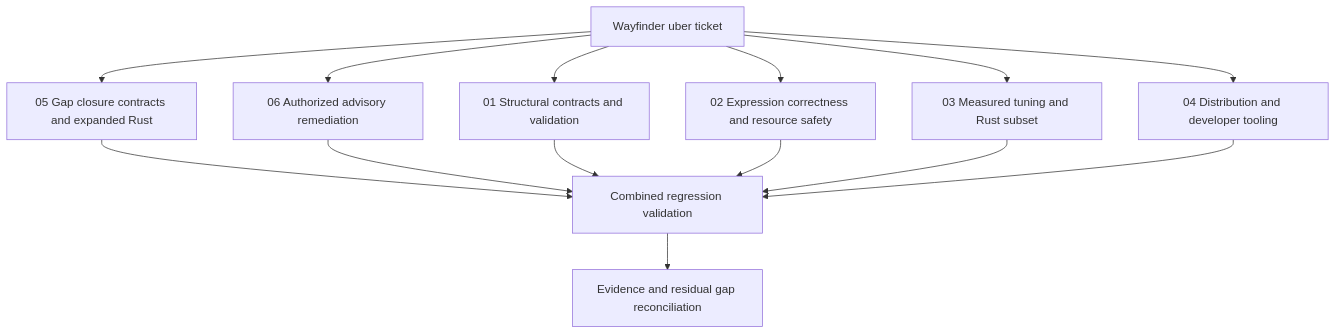
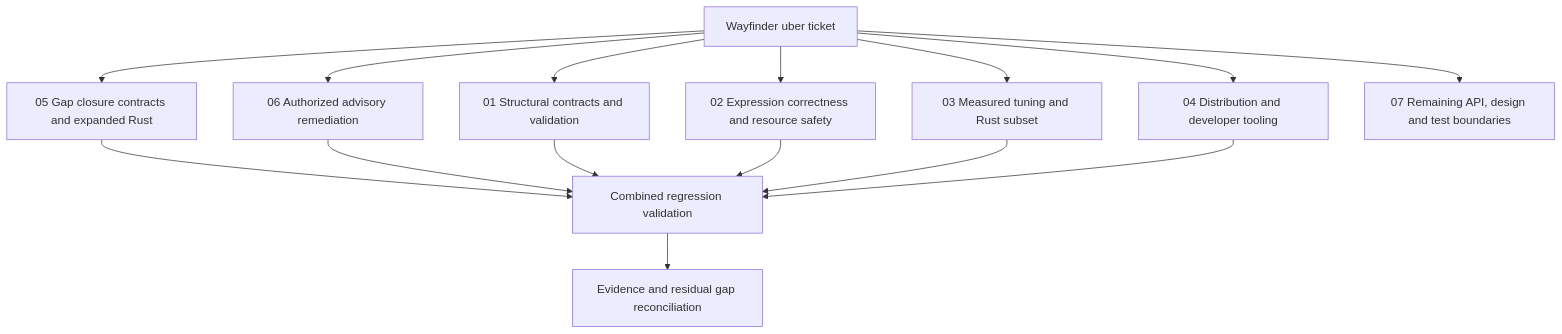
The diagram in docs/review/WAYFINDER.md (elite-libs/rules-machine), drawn with Mermaid before and after one commit. The commit also changed other lines of this file and 10 other files, not shown here.

````diff
--- a/docs/review/WAYFINDER.md
+++ b/docs/review/WAYFINDER.md
@@ -7,16 +7,17 @@
 ```mermaid
 flowchart TD
   W[Wayfinder uber ticket] --> S[01 Structural contracts and validation]
   W --> E[02 Expression correctness and resource safety]
   W --> P[03 Measured tuning and Rust subset]
   W --> D[04 Distribution and developer tooling]
   W --> A[06 Authorized advisory remediation]
   W --> G[05 Gap closure contracts and expanded Rust]
+  W --> B[07 Remaining API, design and test boundaries]
   G --> V
   A --> V
   S --> V[Combined regression validation]
   E --> V
   P --> V
   D --> V
   V --> R[Evidence and residual gap reconciliation]
 ```
````
